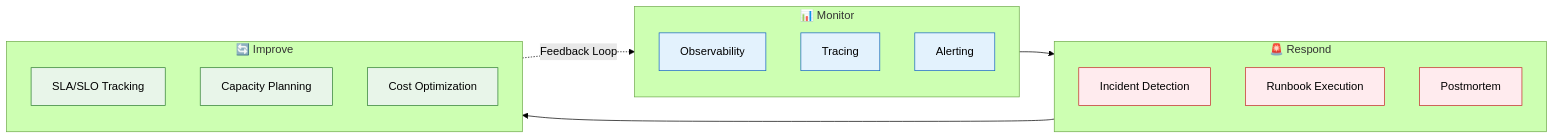
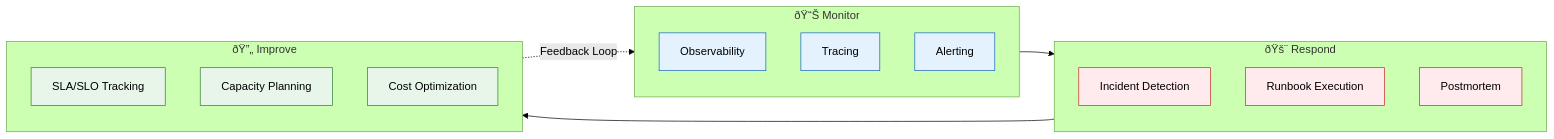
The diagram in Docs/Operations/README.md (Driftloom/Vaeloom), drawn with Mermaid (forest theme) before and after one commit. The commit also changed other lines of this file and 249 other files, not shown here.

````diff
--- a/Docs/Operations/README.md
+++ b/Docs/Operations/README.md
@@ -23,29 +23,29 @@
 ```mermaid
 graph LR
-    subgraph Monitor["📊 Monitor"]
+    subgraph Monitor["ðŸ“Š Monitor"]
         M1["Observability"]
         M2["Tracing"]
         M3["Alerting"]
     end
-    subgraph Respond["🚨 Respond"]
+    subgraph Respond["ðŸš¨ Respond"]
         R1["Incident Detection"]
         R2["Runbook Execution"]
         R3["Postmortem"]
     end
-    subgraph Improve["🔄 Improve"]
+    subgraph Improve["ðŸ”„ Improve"]
         I1["SLA/SLO Tracking"]
         I2["Capacity Planning"]
         I3["Cost Optimization"]
     end
 
     Monitor --> Respond --> Improve
     Improve -.->|Feedback Loop| Monitor
 
     classDef monitor fill:#e3f2fd,stroke:#1565c0
     classDef respond fill:#ffebee,stroke:#c62828
     classDef improve fill:#e8f5e9,stroke:#2e7d32
 
     class M1,M2,M3 monitor
     class R1,R2,R3 respond
     class I1,I2,I3 improve
 ```
````
